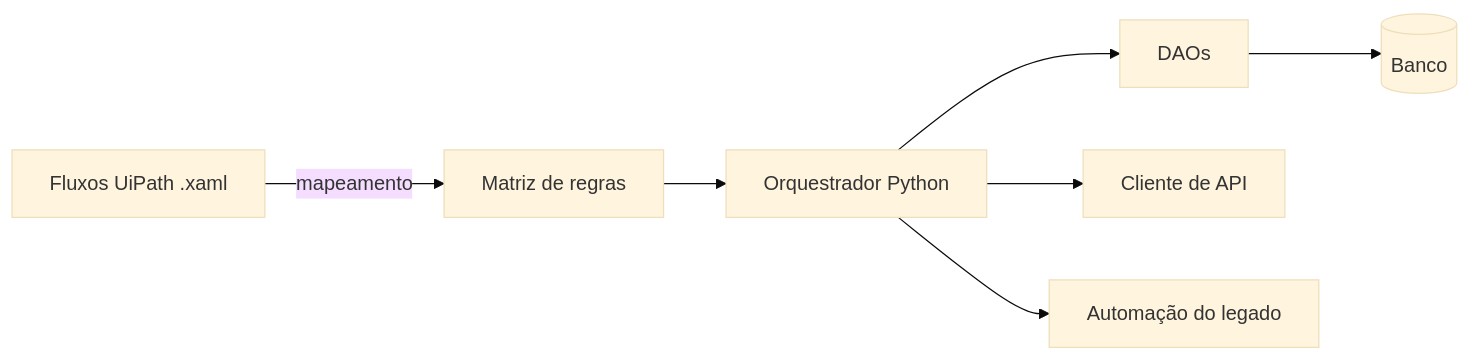
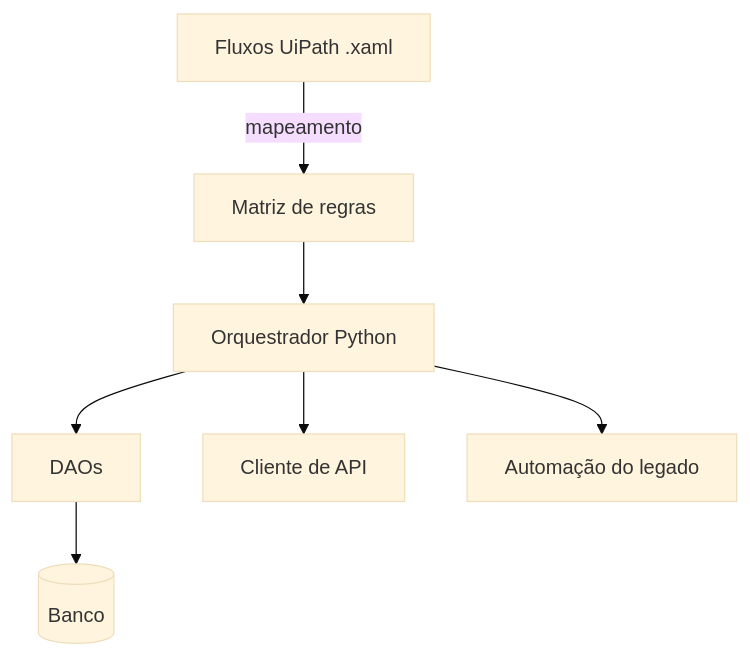
The diagram in content/projects/migracao-rpa-python.pt.mdx (gustavocunha9978/portfolio), drawn with Mermaid (base theme) before and after one commit. The commit also changed 13 other files, not shown here.

````diff
--- a/content/projects/migracao-rpa-python.pt.mdx
+++ b/content/projects/migracao-rpa-python.pt.mdx
@@ -39,9 +39,9 @@
 ```mermaid
-flowchart LR
+flowchart TD
   X[Fluxos UiPath .xaml] -- mapeamento --> M[Matriz de regras]
   M --> O[Orquestrador Python]
   O --> D[DAOs]
   O --> A[Cliente de API]
   O --> L[Automação do legado]
   D --> DB[(Banco)]
 ```
````
